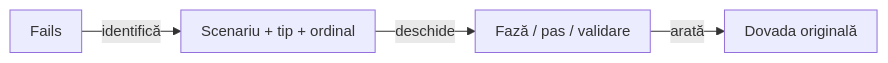
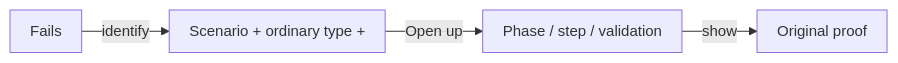
One commit to crististefanita/atf_j0 changed the tenth of 18 diagrams in atf-reporting/README.md. Above: the diagram before and after it, drawn with Mermaid. The commit also changed other lines of this file and 113 other files, not shown here.

````diff
--- a/atf-reporting/README.md
+++ b/atf-reporting/README.md
@@ -1578,7 +1237,7 @@
 ```mermaid
 %%{init: {"themeVariables":{"fontSize":"15px"},"themeCSS":".nodeLabel, .nodeLabel p { font-size: 15px !important; line-height: 1.35 !important; } .edgeLabel, .edgeLabel p { font-size: 12px !important; font-weight: 400 !important; line-height: 1.2 !important; } .edgeLabel .labelBkg, .edgeLabel p { background: transparent !important; } .edgeLabel foreignObject { transform: translateY(-18px); overflow: visible; } .node rect { rx: 6px; ry: 6px; }","flowchart":{"curve":"linear","nodeSpacing":24,"rankSpacing":40,"padding":10,"diagramPadding":16}}}%%
 flowchart LR
-    Index["Fails"] -->|identifică| Scenario["Scenariu + tip + ordinal"]
-    Scenario -->|deschide| Path["Fază / pas / validare"]
-    Path -->|arată| Row["Dovada originală"]
+    Index["Fails"] -->|identify| Scenario["Scenario + ordinary type +"]
+    Scenario -->|Open up| Path["Phase / step / validation"]
+    Path -->|show| Row["Original proof"]
 ```
````
